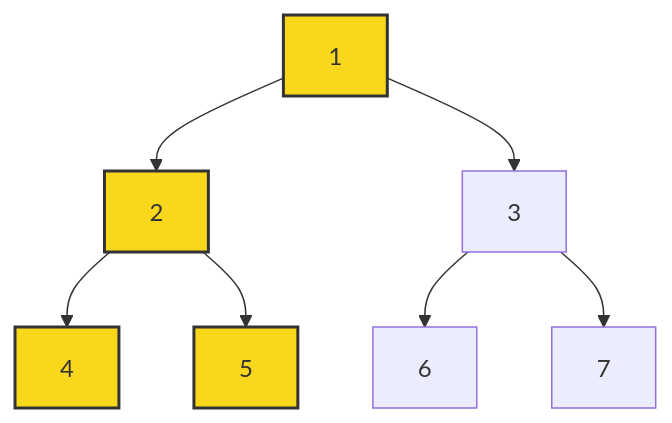
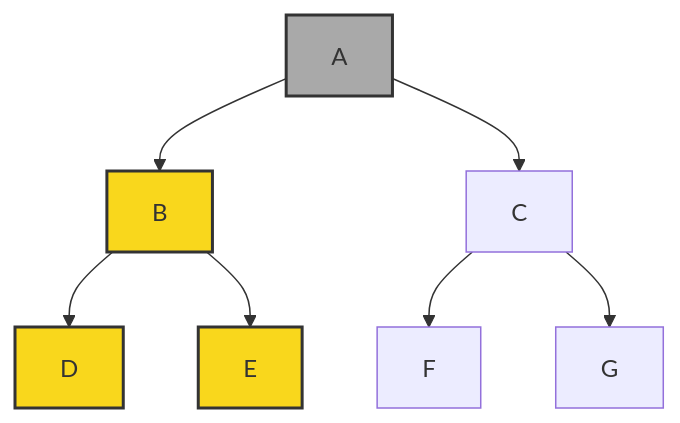
One commit to remykarem/remykarem.github.io changed the sixth of 7 diagrams in books-src/data-structures-and-algorithms-book/src/algorithms/search/depth-first.md. Above: the diagram before and after it, drawn with Mermaid. The commit also changed other lines of this file, not shown here.

````diff
--- a/books-src/data-structures-and-algorithms-book/src/algorithms/search/depth-first.md
+++ b/books-src/data-structures-and-algorithms-book/src/algorithms/search/depth-first.md
@@ -108,21 +72,14 @@
 ```mermaid
 graph TD;
-    A[1]
-    B[2]
-    C[3]
-    D[4]
-    E[5]
-    F[6]
-    G[7]
-
     A --> B
     A --> C
     B --> D
     B --> E
     C --> F
     C --> G
+    style A fill:#a9a9a9,stroke:#333,stroke-width:2px
+    style B fill:#a9a9a9,stroke:#333,stroke-width:2px
     style D fill:#f9d71c,stroke:#333,stroke-width:2px
     style B fill:#f9d71c,stroke:#333,stroke-width:2px
     style E fill:#f9d71c,stroke:#333,stroke-width:2px
-    style A fill:#f9d71c,stroke:#333,stroke-width:2px
 ```
````
